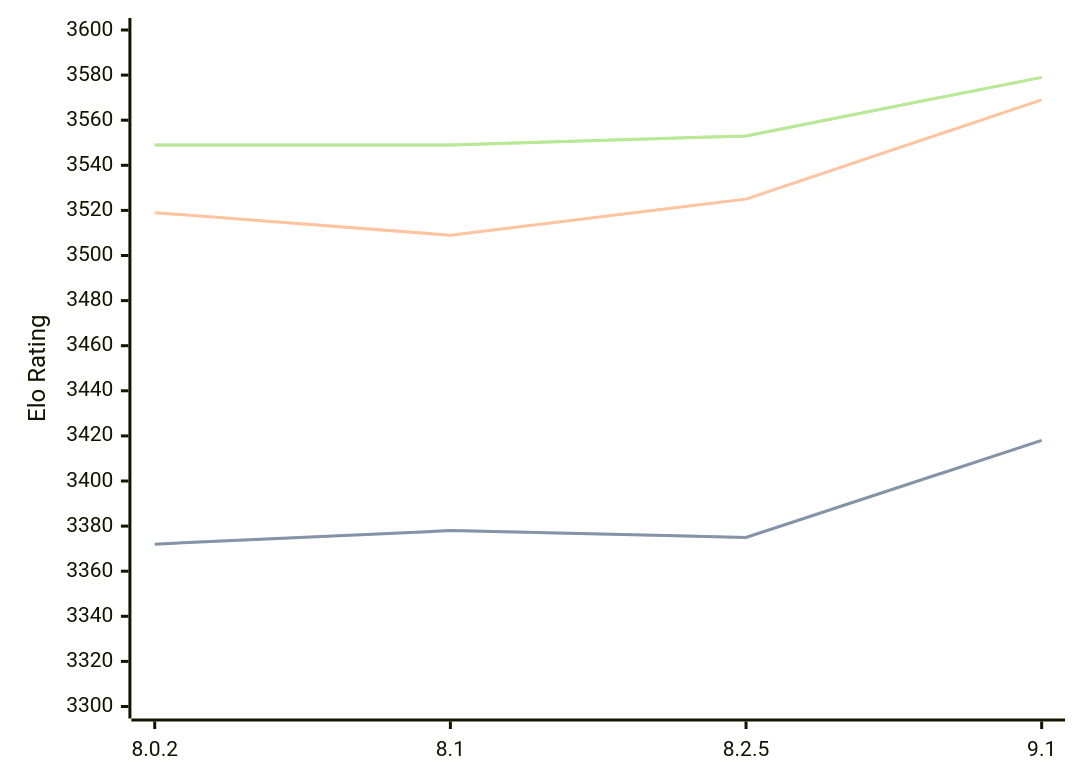
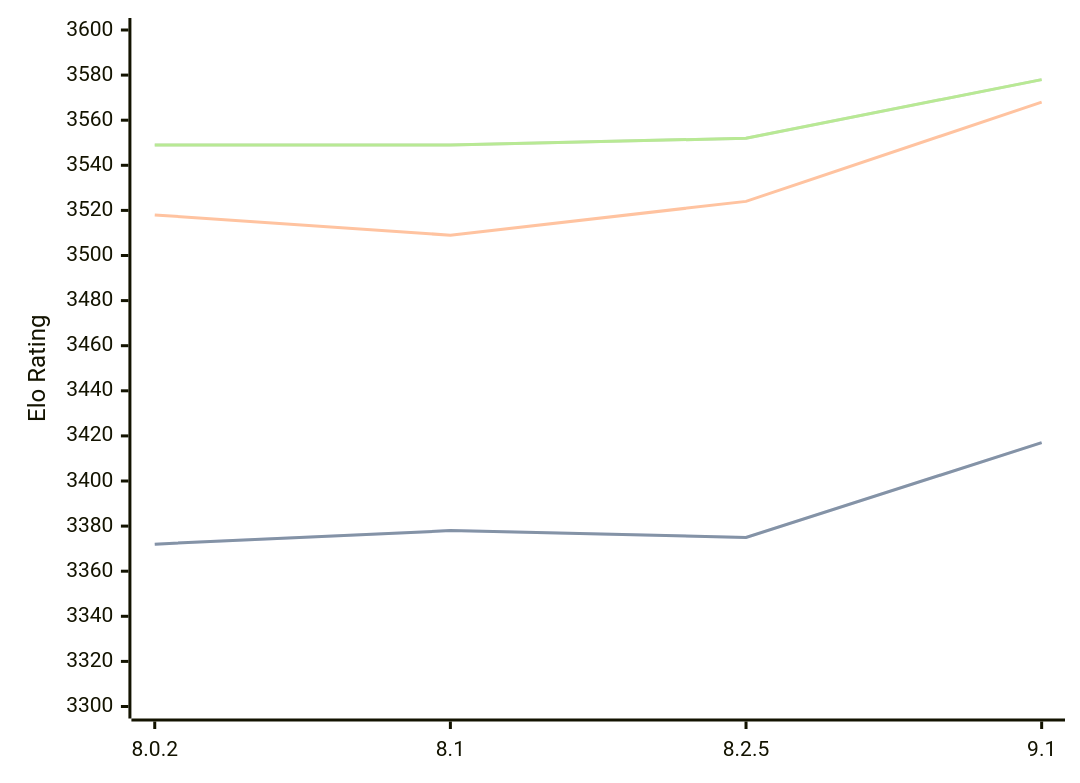
The diagram in engines/Clover.md (computer-chess-index/cci), drawn with Mermaid before and after one commit. The commit also changed other lines of this file, not shown here.

Commit message:
Update CCI Ratings (ELO VLTC) - 2026-03-16

````diff
--- a/engines/Clover.md
+++ b/engines/Clover.md
@@ -62,11 +62,11 @@
 ```mermaid
 %%{init: {"theme":"base","themeVariables":{"seriesColors:['#a3a3a3','#222221','#faa371']}}}%%
 xychart-beta
   x-axis ["8.0.2", "8.1", "8.2.5", "9.1"]
   y-axis "Elo Rating" 3300 --> 3600
-  line "STC (8.0+0.08s)" [3372, 3378, 3375, 3418]
-  line "STC (8.0+0.08s)" [3372, 3378, 3375, 3418]
-  line "LTC (60.0+0.60s)" [3519, 3509, 3525, 3569]
-  line "VLTC (2m24s+1.12s)" [3549, 3549, 3553, 3579]
-  line "VLTC (2m24s+1.12s)" [3549, 3549, 3553, 3579]
+  line "STC (8.0+0.08s)" [3372, 3378, 3375, 3417]
+  line "STC (8.0+0.08s)" [3372, 3378, 3375, 3417]
+  line "LTC (60.0+0.60s)" [3518, 3509, 3524, 3568]
+  line "VLTC (2m24s+1.12s)" [3549, 3549, 3552, 3578]
+  line "VLTC (2m24s+1.12s)" [3549, 3549, 3552, 3578]
 ```
````
